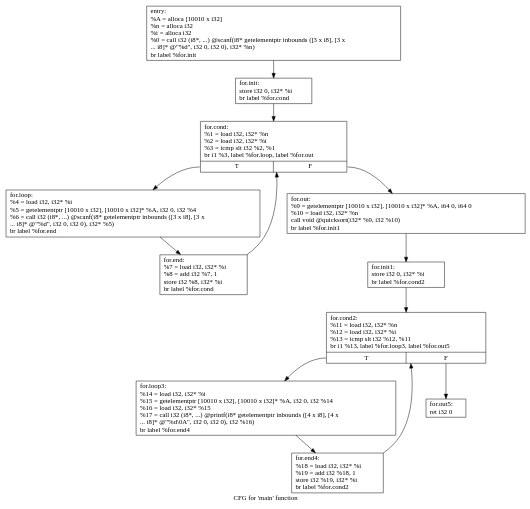
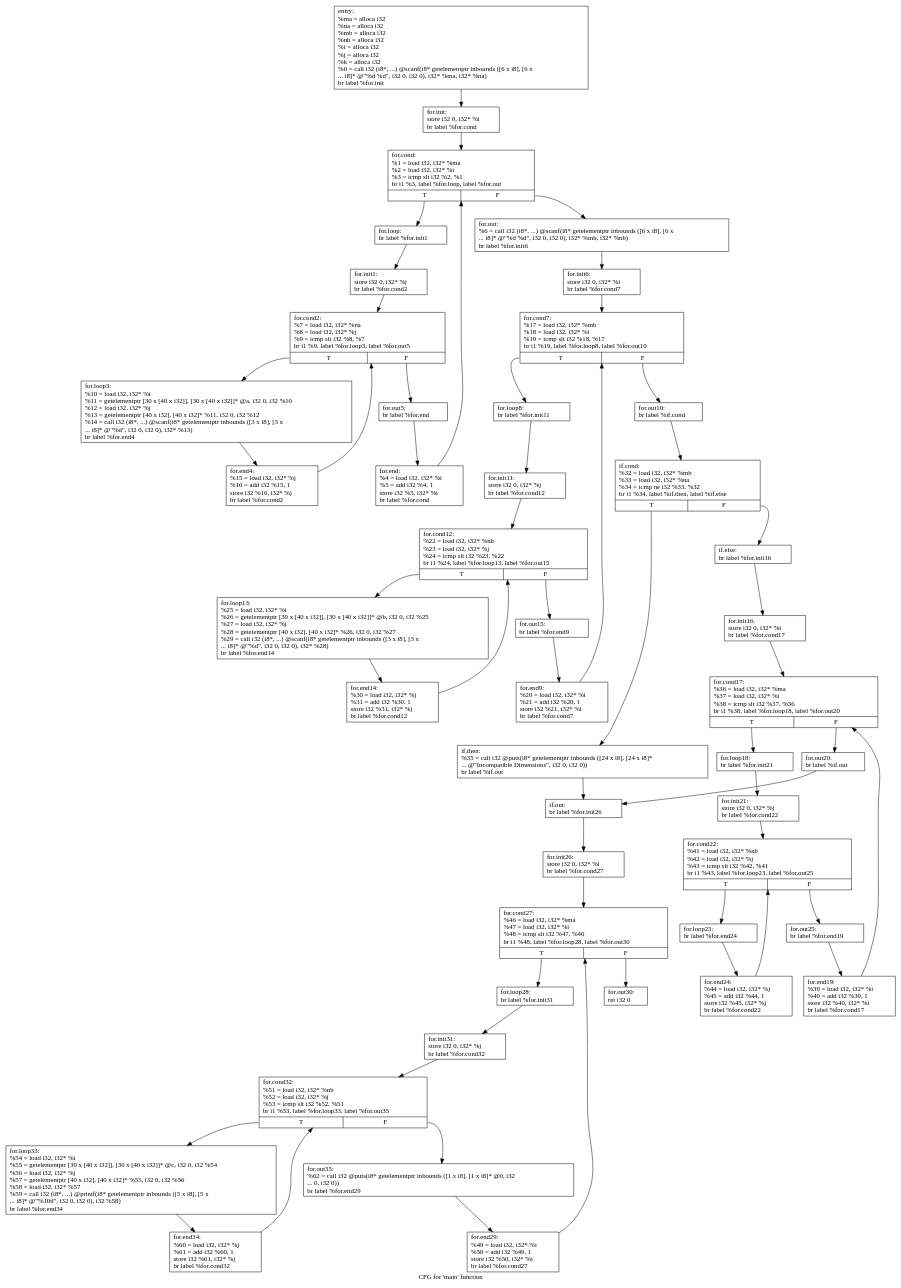
Before and after one commit to Esifiel/compiler: the diagram in src/tmp/.main.dot, drawn with Graphviz. The commit also changed 25 other files, not shown here.

```diff
--- a/src/tmp/.main.dot
+++ b/src/tmp/.main.dot
@@ -1,27 +1,102 @@
 digraph "CFG for 'main' function" {
 	label="CFG for 'main' function";
 
-	Node0x1060190 [shape=record,label="{entry:\l  %A = alloca [10010 x i32]\l  %n = alloca i32\l  %i = alloca i32\l  %0 = call i32 (i8*, ...) @scanf(i8* getelementptr inbounds ([3 x i8], [3 x\l... i8]* @\"%d\", i32 0, i32 0), i32* %n)\l  br label %for.init\l}"];
-	Node0x1060190 -> Node0x10605d0;
-	Node0x10605d0 [shape=record,label="{for.init:                                         \l  store i32 0, i32* %i\l  br label %for.cond\l}"];
-	Node0x10605d0 -> Node0x1060790;
-	Node0x1060790 [shape=record,label="{for.cond:                                         \l  %1 = load i32, i32* %n\l  %2 = load i32, i32* %i\l  %3 = icmp slt i32 %2, %1\l  br i1 %3, label %for.loop, label %for.out\l|{<s0>T|<s1>F}}"];
-	Node0x1060790:s0 -> Node0x1060990;
-	Node0x1060790:s1 -> Node0x1060a70;
-	Node0x1060990 [shape=record,label="{for.loop:                                         \l  %4 = load i32, i32* %i\l  %5 = getelementptr [10010 x i32], [10010 x i32]* %A, i32 0, i32 %4\l  %6 = call i32 (i8*, ...) @scanf(i8* getelementptr inbounds ([3 x i8], [3 x\l... i8]* @\"%d\", i32 0, i32 0), i32* %5)\l  br label %for.end\l}"];
-	Node0x1060990 -> Node0x1060d90;
-	Node0x1060d90 [shape=record,label="{for.end:                                          \l  %7 = load i32, i32* %i\l  %8 = add i32 %7, 1\l  store i32 %8, i32* %i\l  br label %for.cond\l}"];
-	Node0x1060d90 -> Node0x1060790;
-	Node0x1060a70 [shape=record,label="{for.out:                                          \l  %9 = getelementptr [10010 x i32], [10010 x i32]* %A, i64 0, i64 0\l  %10 = load i32, i32* %n\l  call void @quicksort(i32* %9, i32 %10)\l  br label %for.init1\l}"];
-	Node0x1060a70 -> Node0x1061200;
-	Node0x1061200 [shape=record,label="{for.init1:                                        \l  store i32 0, i32* %i\l  br label %for.cond2\l}"];
-	Node0x1061200 -> Node0x10613c0;
-	Node0x10613c0 [shape=record,label="{for.cond2:                                        \l  %11 = load i32, i32* %n\l  %12 = load i32, i32* %i\l  %13 = icmp slt i32 %12, %11\l  br i1 %13, label %for.loop3, label %for.out5\l|{<s0>T|<s1>F}}"];
-	Node0x10613c0:s0 -> Node0x1061570;
-	Node0x10613c0:s1 -> Node0x1061650;
-	Node0x1061570 [shape=record,label="{for.loop3:                                        \l  %14 = load i32, i32* %i\l  %15 = getelementptr [10010 x i32], [10010 x i32]* %A, i32 0, i32 %14\l  %16 = load i32, i32* %15\l  %17 = call i32 (i8*, ...) @printf(i8* getelementptr inbounds ([4 x i8], [4 x\l... i8]* @\"%d\\0A\", i32 0, i32 0), i32 %16)\l  br label %for.end4\l}"];
-	Node0x1061570 -> Node0x1061bd0;
-	Node0x1061bd0 [shape=record,label="{for.end4:                                         \l  %18 = load i32, i32* %i\l  %19 = add i32 %18, 1\l  store i32 %19, i32* %i\l  br label %for.cond2\l}"];
-	Node0x1061bd0 -> Node0x10613c0;
-	Node0x1061650 [shape=record,label="{for.out5:                                         \l  ret i32 0\l}"];
+	Node0x101c010 [shape=record,label="{entry:\l  %ma = alloca i32\l  %na = alloca i32\l  %mb = alloca i32\l  %nb = alloca i32\l  %i = alloca i32\l  %j = alloca i32\l  %k = alloca i32\l  %0 = call i32 (i8*, ...) @scanf(i8* getelementptr inbounds ([6 x i8], [6 x\l... i8]* @\"%d %d\", i32 0, i32 0), i32* %ma, i32* %na)\l  br label %for.init\l}"];
+	Node0x101c010 -> Node0x101cf00;
+	Node0x101cf00 [shape=record,label="{for.init:                                         \l  store i32 0, i32* %i\l  br label %for.cond\l}"];
+	Node0x101cf00 -> Node0x101d0c0;
+	Node0x101d0c0 [shape=record,label="{for.cond:                                         \l  %1 = load i32, i32* %ma\l  %2 = load i32, i32* %i\l  %3 = icmp slt i32 %2, %1\l  br i1 %3, label %for.loop, label %for.out\l|{<s0>T|<s1>F}}"];
+	Node0x101d0c0:s0 -> Node0x101d2c0;
+	Node0x101d0c0:s1 -> Node0x101d3a0;
+	Node0x101d2c0 [shape=record,label="{for.loop:                                         \l  br label %for.init1\l}"];
+	Node0x101d2c0 -> Node0x101d450;
+	Node0x101d6d0 [shape=record,label="{for.end:                                          \l  %4 = load i32, i32* %i\l  %5 = add i32 %4, 1\l  store i32 %5, i32* %i\l  br label %for.cond\l}"];
+	Node0x101d6d0 -> Node0x101d0c0;
+	Node0x101d3a0 [shape=record,label="{for.out:                                          \l  %6 = call i32 (i8*, ...) @scanf(i8* getelementptr inbounds ([6 x i8], [6 x\l... i8]* @\"%d %d\", i32 0, i32 0), i32* %mb, i32* %nb)\l  br label %for.init6\l}"];
+	Node0x101d3a0 -> Node0x101da40;
+	Node0x101d450 [shape=record,label="{for.init1:                                        \l  store i32 0, i32* %j\l  br label %for.cond2\l}"];
+	Node0x101d450 -> Node0x101db70;
+	Node0x101db70 [shape=record,label="{for.cond2:                                        \l  %7 = load i32, i32* %na\l  %8 = load i32, i32* %j\l  %9 = icmp slt i32 %8, %7\l  br i1 %9, label %for.loop3, label %for.out5\l|{<s0>T|<s1>F}}"];
+	Node0x101db70:s0 -> Node0x101d780;
+	Node0x101db70:s1 -> Node0x101ddb0;
+	Node0x101d780 [shape=record,label="{for.loop3:                                        \l  %10 = load i32, i32* %i\l  %11 = getelementptr [30 x [40 x i32]], [30 x [40 x i32]]* @a, i32 0, i32 %10\l  %12 = load i32, i32* %j\l  %13 = getelementptr [40 x i32], [40 x i32]* %11, i32 0, i32 %12\l  %14 = call i32 (i8*, ...) @scanf(i8* getelementptr inbounds ([3 x i8], [3 x\l... i8]* @\"%d\", i32 0, i32 0), i32* %13)\l  br label %for.end4\l}"];
+	Node0x101d780 -> Node0x101e1a0;
+	Node0x101e1a0 [shape=record,label="{for.end4:                                         \l  %15 = load i32, i32* %j\l  %16 = add i32 %15, 1\l  store i32 %16, i32* %j\l  br label %for.cond2\l}"];
+	Node0x101e1a0 -> Node0x101db70;
+	Node0x101ddb0 [shape=record,label="{for.out5:                                         \l  br label %for.end\l}"];
+	Node0x101ddb0 -> Node0x101d6d0;
+	Node0x101da40 [shape=record,label="{for.init6:                                        \l  store i32 0, i32* %i\l  br label %for.cond7\l}"];
+	Node0x101da40 -> Node0x101e4b0;
+	Node0x101e4b0 [shape=record,label="{for.cond7:                                        \l  %17 = load i32, i32* %mb\l  %18 = load i32, i32* %i\l  %19 = icmp slt i32 %18, %17\l  br i1 %19, label %for.loop8, label %for.out10\l|{<s0>T|<s1>F}}"];
+	Node0x101e4b0:s0 -> Node0x101e660;
+	Node0x101e4b0:s1 -> Node0x101e740;
+	Node0x101e660 [shape=record,label="{for.loop8:                                        \l  br label %for.init11\l}"];
+	Node0x101e660 -> Node0x101e820;
+	Node0x101e900 [shape=record,label="{for.end9:                                         \l  %20 = load i32, i32* %i\l  %21 = add i32 %20, 1\l  store i32 %21, i32* %i\l  br label %for.cond7\l}"];
+	Node0x101e900 -> Node0x101e4b0;
+	Node0x101e740 [shape=record,label="{for.out10:                                        \l  br label %if.cond\l}"];
+	Node0x101e740 -> Node0x101eb30;
+	Node0x101e820 [shape=record,label="{for.init11:                                       \l  store i32 0, i32* %j\l  br label %for.cond12\l}"];
+	Node0x101e820 -> Node0x101ef80;
+	Node0x101ef80 [shape=record,label="{for.cond12:                                       \l  %22 = load i32, i32* %nb\l  %23 = load i32, i32* %j\l  %24 = icmp slt i32 %23, %22\l  br i1 %24, label %for.loop13, label %for.out15\l|{<s0>T|<s1>F}}"];
+	Node0x101ef80:s0 -> Node0x101f130;
+	Node0x101ef80:s1 -> Node0x101f210;
+	Node0x101f130 [shape=record,label="{for.loop13:                                       \l  %25 = load i32, i32* %i\l  %26 = getelementptr [30 x [40 x i32]], [30 x [40 x i32]]* @b, i32 0, i32 %25\l  %27 = load i32, i32* %j\l  %28 = getelementptr [40 x i32], [40 x i32]* %26, i32 0, i32 %27\l  %29 = call i32 (i8*, ...) @scanf(i8* getelementptr inbounds ([3 x i8], [3 x\l... i8]* @\"%d\", i32 0, i32 0), i32* %28)\l  br label %for.end14\l}"];
+	Node0x101f130 -> Node0x101f630;
+	Node0x101f630 [shape=record,label="{for.end14:                                        \l  %30 = load i32, i32* %j\l  %31 = add i32 %30, 1\l  store i32 %31, i32* %j\l  br label %for.cond12\l}"];
+	Node0x101f630 -> Node0x101ef80;
+	Node0x101f210 [shape=record,label="{for.out15:                                        \l  br label %for.end9\l}"];
+	Node0x101f210 -> Node0x101e900;
+	Node0x101eb30 [shape=record,label="{if.cond:                                          \l  %32 = load i32, i32* %mb\l  %33 = load i32, i32* %na\l  %34 = icmp ne i32 %33, %32\l  br i1 %34, label %if.then, label %if.else\l|{<s0>T|<s1>F}}"];
+	Node0x101eb30:s0 -> Node0x101fba0;
+	Node0x101eb30:s1 -> Node0x101fc50;
+	Node0x101fba0 [shape=record,label="{if.then:                                          \l  %35 = call i32 @puts(i8* getelementptr inbounds ([24 x i8], [24 x i8]*\l... @\"Incompatible Dimensions\", i32 0, i32 0))\l  br label %if.out\l}"];
+	Node0x101fba0 -> Node0x101ff80;
+	Node0x101fc50 [shape=record,label="{if.else:                                          \l  br label %for.init16\l}"];
+	Node0x101fc50 -> Node0x1020030;
+	Node0x101ff80 [shape=record,label="{if.out:                                           \l  br label %for.init26\l}"];
+	Node0x101ff80 -> Node0x10200e0;
+	Node0x1020030 [shape=record,label="{for.init16:                                       \l  store i32 0, i32* %i\l  br label %for.cond17\l}"];
+	Node0x1020030 -> Node0x1020210;
+	Node0x1020210 [shape=record,label="{for.cond17:                                       \l  %36 = load i32, i32* %ma\l  %37 = load i32, i32* %i\l  %38 = icmp slt i32 %37, %36\l  br i1 %38, label %for.loop18, label %for.out20\l|{<s0>T|<s1>F}}"];
+	Node0x1020210:s0 -> Node0x10203c0;
+	Node0x1020210:s1 -> Node0x10204a0;
+	Node0x10203c0 [shape=record,label="{for.loop18:                                       \l  br label %for.init21\l}"];
+	Node0x10203c0 -> Node0x1020e20;
+	Node0x1020f00 [shape=record,label="{for.end19:                                        \l  %39 = load i32, i32* %i\l  %40 = add i32 %39, 1\l  store i32 %40, i32* %i\l  br label %for.cond17\l}"];
+	Node0x1020f00 -> Node0x1020210;
+	Node0x10204a0 [shape=record,label="{for.out20:                                        \l  br label %if.out\l}"];
+	Node0x10204a0 -> Node0x101ff80;
+	Node0x1020e20 [shape=record,label="{for.init21:                                       \l  store i32 0, i32* %j\l  br label %for.cond22\l}"];
+	Node0x1020e20 -> Node0x10211b0;
+	Node0x10211b0 [shape=record,label="{for.cond22:                                       \l  %41 = load i32, i32* %nb\l  %42 = load i32, i32* %j\l  %43 = icmp slt i32 %42, %41\l  br i1 %43, label %for.loop23, label %for.out25\l|{<s0>T|<s1>F}}"];
+	Node0x10211b0:s0 -> Node0x1021360;
+	Node0x10211b0:s1 -> Node0x1021440;
+	Node0x1021360 [shape=record,label="{for.loop23:                                       \l  br label %for.end24\l}"];
+	Node0x1021360 -> Node0x10215b0;
+	Node0x10215b0 [shape=record,label="{for.end24:                                        \l  %44 = load i32, i32* %j\l  %45 = add i32 %44, 1\l  store i32 %45, i32* %j\l  br label %for.cond22\l}"];
+	Node0x10215b0 -> Node0x10211b0;
+	Node0x1021440 [shape=record,label="{for.out25:                                        \l  br label %for.end19\l}"];
+	Node0x1021440 -> Node0x1020f00;
+	Node0x10200e0 [shape=record,label="{for.init26:                                       \l  store i32 0, i32* %i\l  br label %for.cond27\l}"];
+	Node0x10200e0 -> Node0x1021860;
+	Node0x1021860 [shape=record,label="{for.cond27:                                       \l  %46 = load i32, i32* %ma\l  %47 = load i32, i32* %i\l  %48 = icmp slt i32 %47, %46\l  br i1 %48, label %for.loop28, label %for.out30\l|{<s0>T|<s1>F}}"];
+	Node0x1021860:s0 -> Node0x1021a10;
+	Node0x1021860:s1 -> Node0x1021af0;
+	Node0x1021a10 [shape=record,label="{for.loop28:                                       \l  br label %for.init31\l}"];
+	Node0x1021a10 -> Node0x1021c60;
+	Node0x1021d40 [shape=record,label="{for.end29:                                        \l  %49 = load i32, i32* %i\l  %50 = add i32 %49, 1\l  store i32 %50, i32* %i\l  br label %for.cond27\l}"];
+	Node0x1021d40 -> Node0x1021860;
+	Node0x1021af0 [shape=record,label="{for.out30:                                        \l  ret i32 0\l}"];
+	Node0x1021c60 [shape=record,label="{for.init31:                                       \l  store i32 0, i32* %j\l  br label %for.cond32\l}"];
+	Node0x1021c60 -> Node0x1021ff0;
+	Node0x1021ff0 [shape=record,label="{for.cond32:                                       \l  %51 = load i32, i32* %nb\l  %52 = load i32, i32* %j\l  %53 = icmp slt i32 %52, %51\l  br i1 %53, label %for.loop33, label %for.out35\l|{<s0>T|<s1>F}}"];
+	Node0x1021ff0:s0 -> Node0x10227c0;
+	Node0x1021ff0:s1 -> Node0x10228a0;
+	Node0x10227c0 [shape=record,label="{for.loop33:                                       \l  %54 = load i32, i32* %i\l  %55 = getelementptr [30 x [40 x i32]], [30 x [40 x i32]]* @c, i32 0, i32 %54\l  %56 = load i32, i32* %j\l  %57 = getelementptr [40 x i32], [40 x i32]* %55, i32 0, i32 %56\l  %58 = load i32, i32* %57\l  %59 = call i32 (i8*, ...) @printf(i8* getelementptr inbounds ([5 x i8], [5 x\l... i8]* @\"%10d\", i32 0, i32 0), i32 %58)\l  br label %for.end34\l}"];
+	Node0x10227c0 -> Node0x1022da0;
+	Node0x1022da0 [shape=record,label="{for.end34:                                        \l  %60 = load i32, i32* %j\l  %61 = add i32 %60, 1\l  store i32 %61, i32* %j\l  br label %for.cond32\l}"];
+	Node0x1022da0 -> Node0x1021ff0;
+	Node0x10228a0 [shape=record,label="{for.out35:                                        \l  %62 = call i32 @puts(i8* getelementptr inbounds ([1 x i8], [1 x i8]* @0, i32\l... 0, i32 0))\l  br label %for.end29\l}"];
+	Node0x10228a0 -> Node0x1021d40;
 }
```
